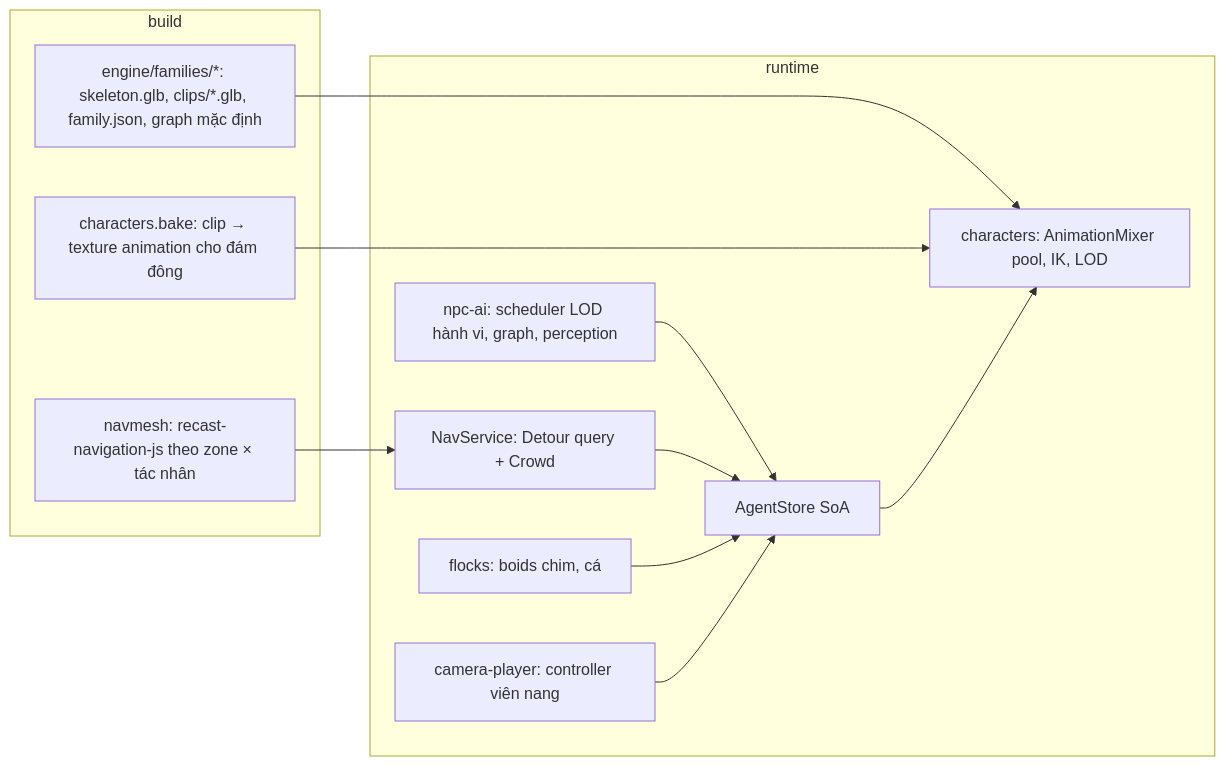
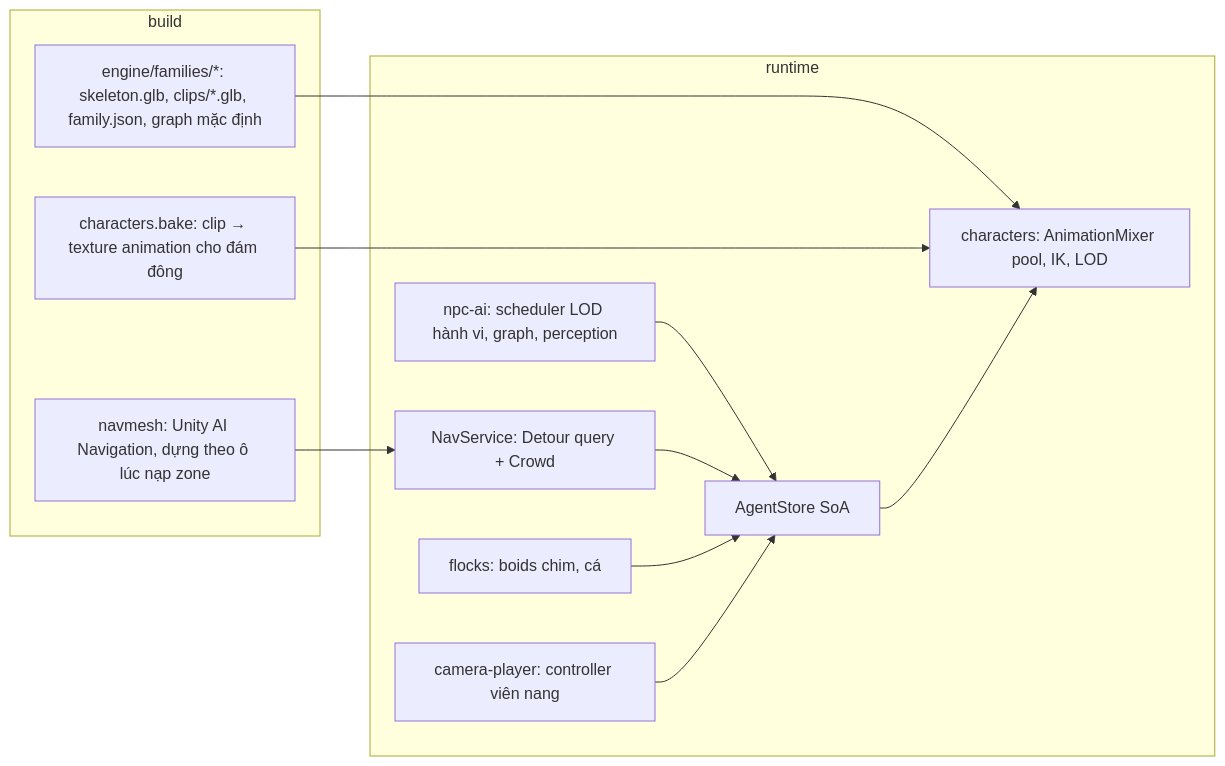
The diagram in docs/TSD/TSD-05-NHAN-VAT-NPC-DONG-VAT.md (huy8462/GameStudio), drawn with Mermaid before and after one commit. The commit also changed other lines of this file and 29 other files, not shown here.

````diff
--- a/docs/TSD/TSD-05-NHAN-VAT-NPC-DONG-VAT.md
+++ b/docs/TSD/TSD-05-NHAN-VAT-NPC-DONG-VAT.md
@@ -23,24 +23,24 @@
 ```mermaid
 flowchart LR
     subgraph build
         FAM[engine/families/*: skeleton.glb, clips/*.glb, family.json, graph mặc định]
-        NAV[navmesh: recast-navigation-js theo zone × tác nhân]
+        NAV[navmesh: Unity AI Navigation, dựng theo ô lúc nạp zone]
         ABK[characters.bake: clip → texture animation cho đám đông]
     end
     subgraph runtime
         STORE[AgentStore SoA]
         AI[npc-ai: scheduler LOD hành vi, graph, perception]
         NS[NavService: Detour query + Crowd]
         FL[flocks: boids chim, cá]
         CH[characters: AnimationMixer pool, IK, LOD]
         PL[camera-player: controller viên nang]
     end
     FAM --> CH
     NAV --> NS
     ABK --> CH
     AI --> STORE
     NS --> STORE
     FL --> STORE
     STORE --> CH
     PL --> STORE
 ```
````
